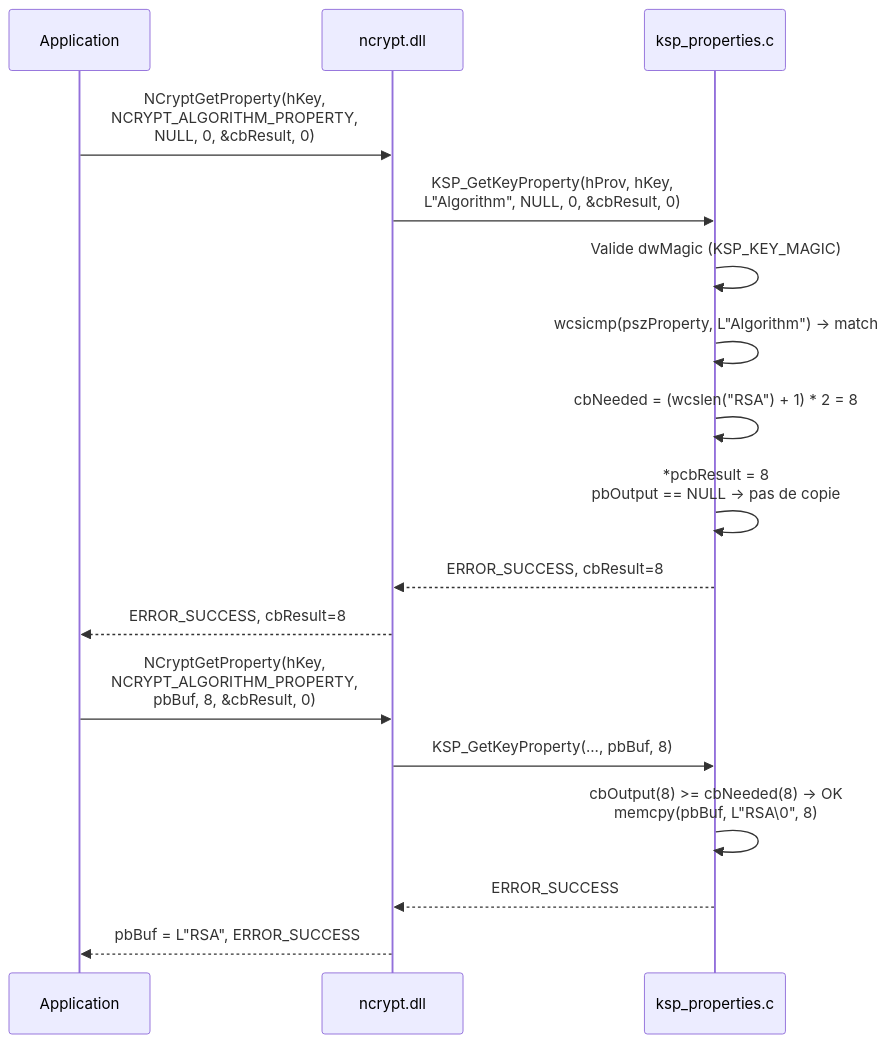
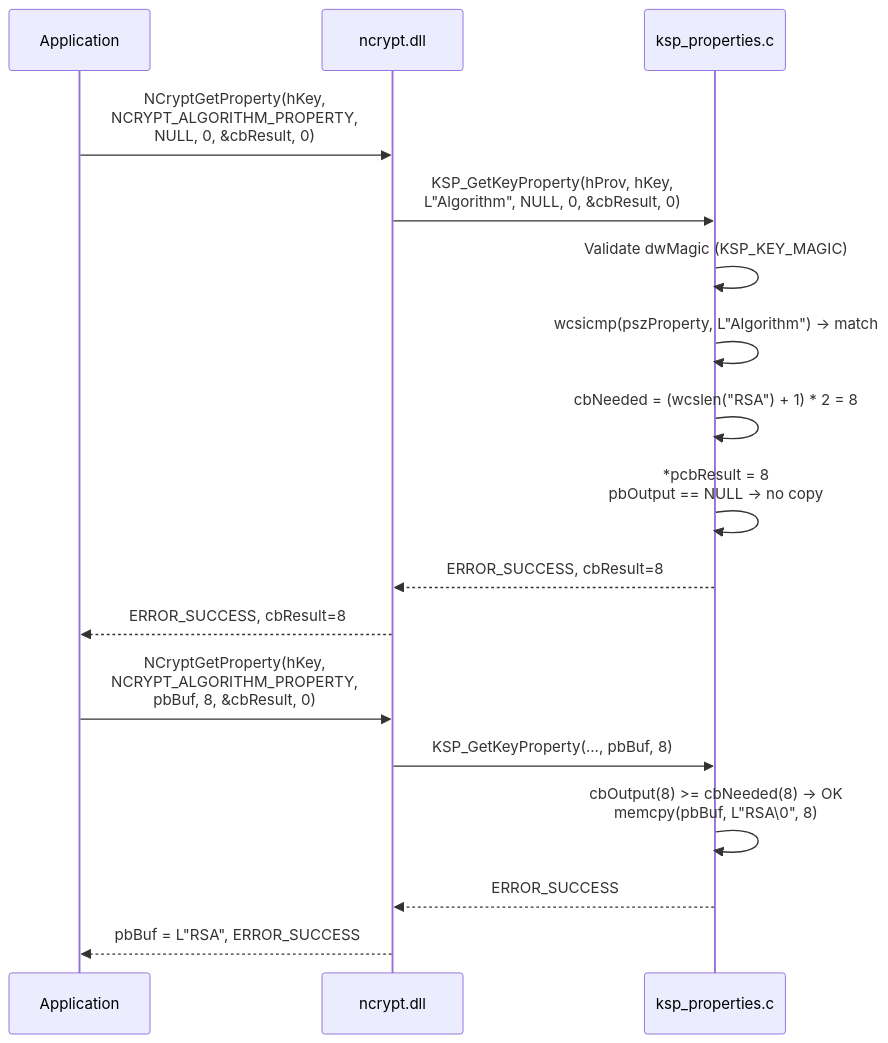
Before and after one commit to Gaillotte/Noida: the first of 2 diagrams in softhsm_ksp/docs/05-proprietes.md, drawn with Mermaid. The commit also changed other lines of this file and 9 other files, not shown here.

````diff
--- a/softhsm_ksp/docs/05-proprietes.md
+++ b/softhsm_ksp/docs/05-proprietes.md
@@ -54,25 +54,25 @@
 ```mermaid
 sequenceDiagram
     participant App as Application
     participant NCrypt as ncrypt.dll
     participant KSP as ksp_properties.c
 
     App->>NCrypt: NCryptGetProperty(hKey,<br/>NCRYPT_ALGORITHM_PROPERTY,<br/>NULL, 0, &cbResult, 0)
     NCrypt->>KSP: KSP_GetKeyProperty(hProv, hKey,<br/>L"Algorithm", NULL, 0, &cbResult, 0)
 
-    KSP->>KSP: Valide dwMagic (KSP_KEY_MAGIC)
+    KSP->>KSP: Validate dwMagic (KSP_KEY_MAGIC)
     KSP->>KSP: wcsicmp(pszProperty, L"Algorithm") → match
     KSP->>KSP: cbNeeded = (wcslen("RSA") + 1) * 2 = 8
-    KSP->>KSP: *pcbResult = 8<br/>pbOutput == NULL → pas de copie
+    KSP->>KSP: *pcbResult = 8<br/>pbOutput == NULL → no copy
 
     KSP-->>NCrypt: ERROR_SUCCESS, cbResult=8
     NCrypt-->>App: ERROR_SUCCESS, cbResult=8
 
     App->>NCrypt: NCryptGetProperty(hKey,<br/>NCRYPT_ALGORITHM_PROPERTY,<br/>pbBuf, 8, &cbResult, 0)
     NCrypt->>KSP: KSP_GetKeyProperty(..., pbBuf, 8)
 
     KSP->>KSP: cbOutput(8) >= cbNeeded(8) → OK<br/>memcpy(pbBuf, L"RSA\0", 8)
 
     KSP-->>NCrypt: ERROR_SUCCESS
     NCrypt-->>App: pbBuf = L"RSA", ERROR_SUCCESS
 ```
````
